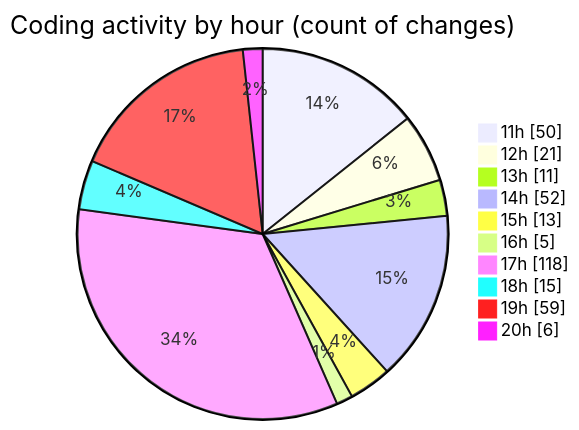
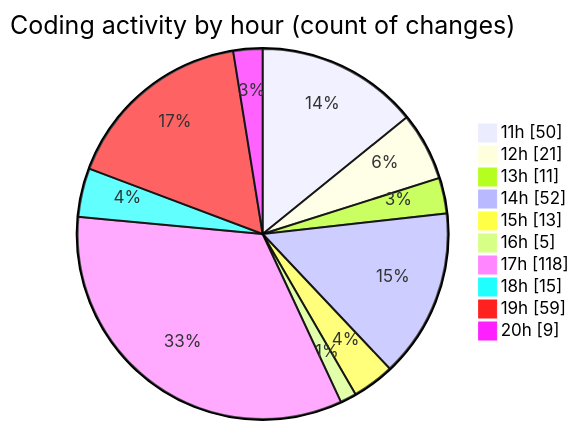
Before and after one commit to tmsrecording-cyber/code-tracking: the second of 2 diagrams in 2026-02-06/singularitybrainai/README.md, drawn with Mermaid. The commit also changed other lines of this file and 1 other file, not shown here.

````diff
--- a/2026-02-06/singularitybrainai/README.md
+++ b/2026-02-06/singularitybrainai/README.md
@@ -53,14 +53,14 @@
 ```mermaid
 pie showData
 title Coding activity by hour (count of changes)
 "11h" : 50
 "12h" : 21
 "13h" : 11
 "14h" : 52
 "15h" : 13
 "16h" : 5
 "17h" : 118
 "18h" : 15
 "19h" : 59
-"20h" : 6
+"20h" : 9
 ```
````
